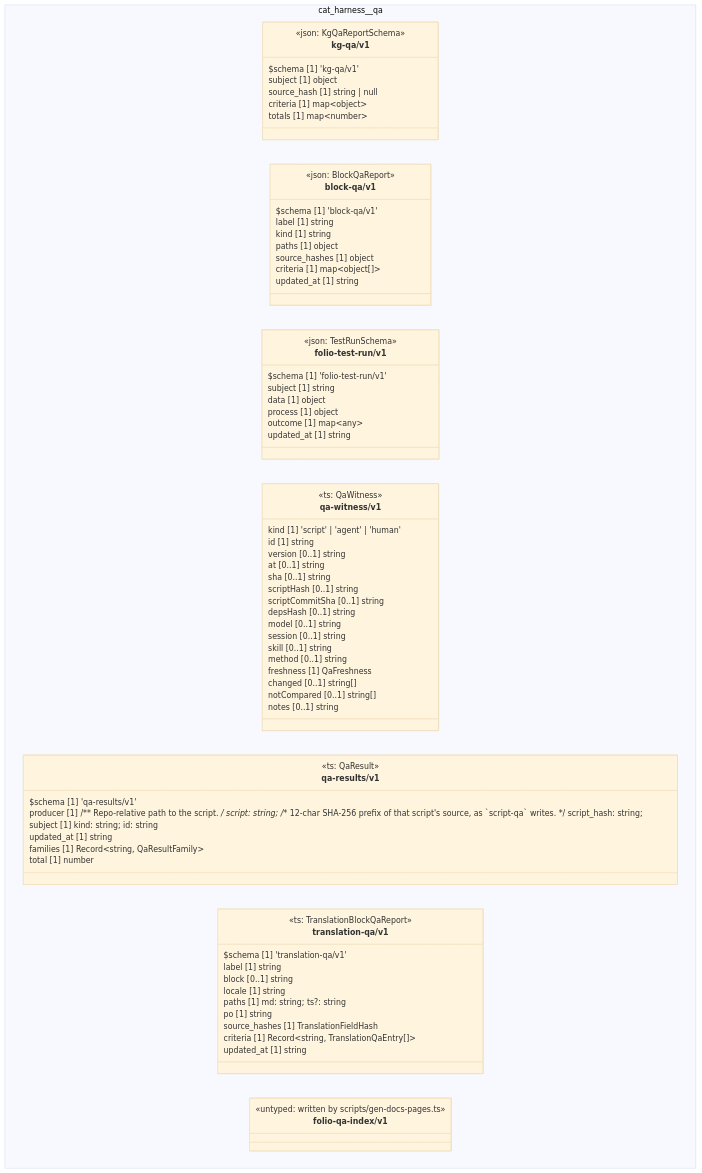
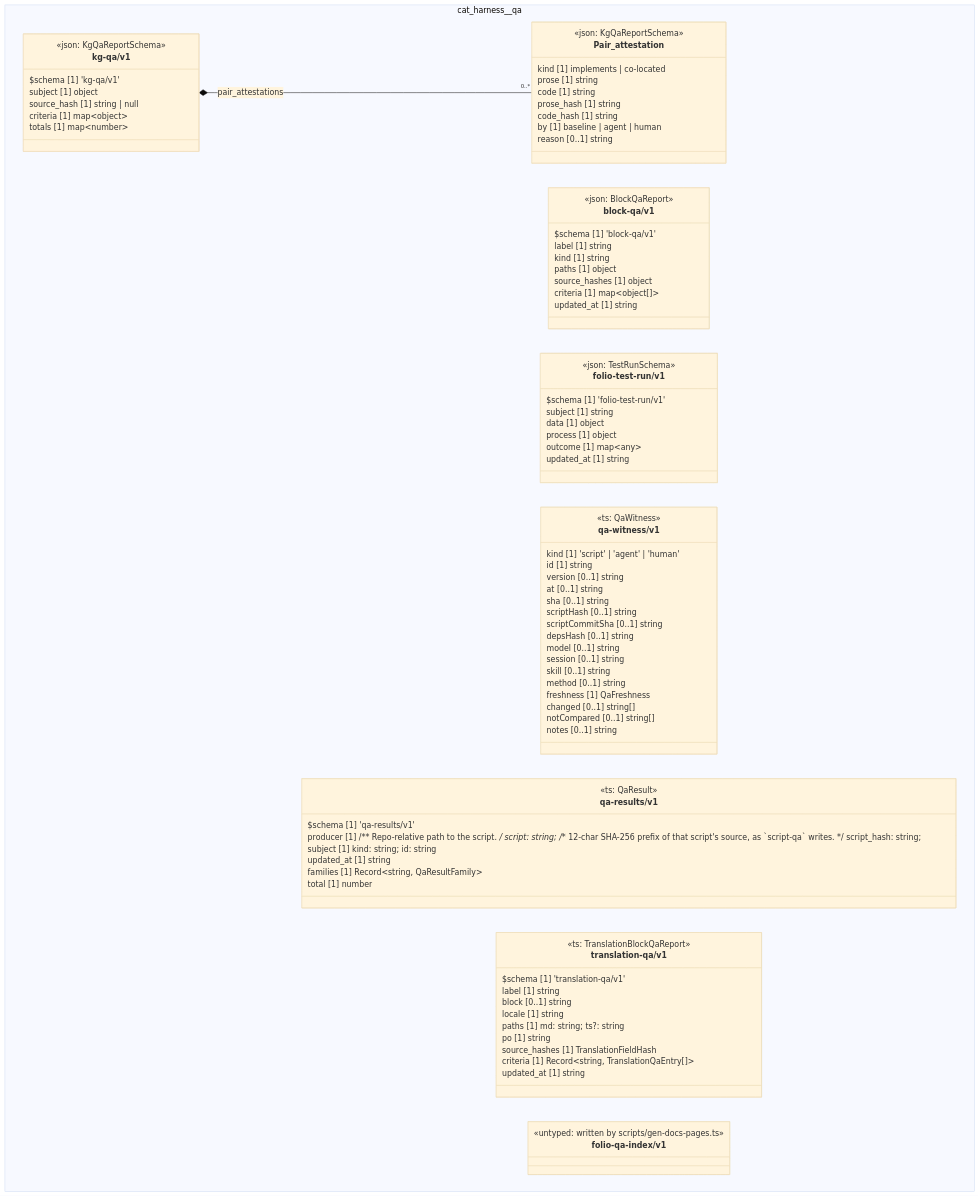
The diagram in cat-harness/docs/uml/overview/cat-harness/qa.md (litlfred/folio-assistant), drawn with Mermaid (base theme) before and after one commit. The commit also changed 328 other files, not shown here.

First line of the commit message:
Stage B of #1042: flag a declared prose/code pair whose code moved while the prose stood still

```diff
--- a/cat-harness/docs/uml/overview/cat-harness/qa.md
+++ b/cat-harness/docs/uml/overview/cat-harness/qa.md
@@ -13,6 +13,16 @@
 classDiagram
   direction TB
   namespace cat_harness__qa {
+    class cat_harness_qa_kg_qa_v1_Pair_attestation["Pair_attestation"] {
+      <<json: KgQaReportSchema>>
+      kind [1] implements | co-located
+      prose [1] string
+      code [1] string
+      prose_hash [1] string
+      code_hash [1] string
+      by [1] baseline | agent | human
+      reason [0..1] string
+    }
     class cat_harness_qa_kg_qa_v1_kg_qa_v1["kg-qa/v1"] {
       <<json: KgQaReportSchema>>
       $schema [1] 'kg-qa/v1'
@@ -84,6 +94,8 @@
       <<untyped: written by scripts/gen-docs-pages.ts>>
     }
   }
+  cat_harness_qa_kg_qa_v1_kg_qa_v1 *-- "0..*" cat_harness_qa_kg_qa_v1_Pair_attestation : pair_attestations
+  cssClass "cat_harness_qa_kg_qa_v1_Pair_attestation" fa_uml_kind_qa
   cssClass "cat_harness_qa_kg_qa_v1_kg_qa_v1" fa_uml_kind_qa
   cssClass "cat_harness_qa_block_qa_v1_block_qa_v1" fa_uml_kind_qa
   cssClass "cat_harness_qa_folio_test_run_v1_folio_test_run_v1" fa_uml_kind_qa
```
